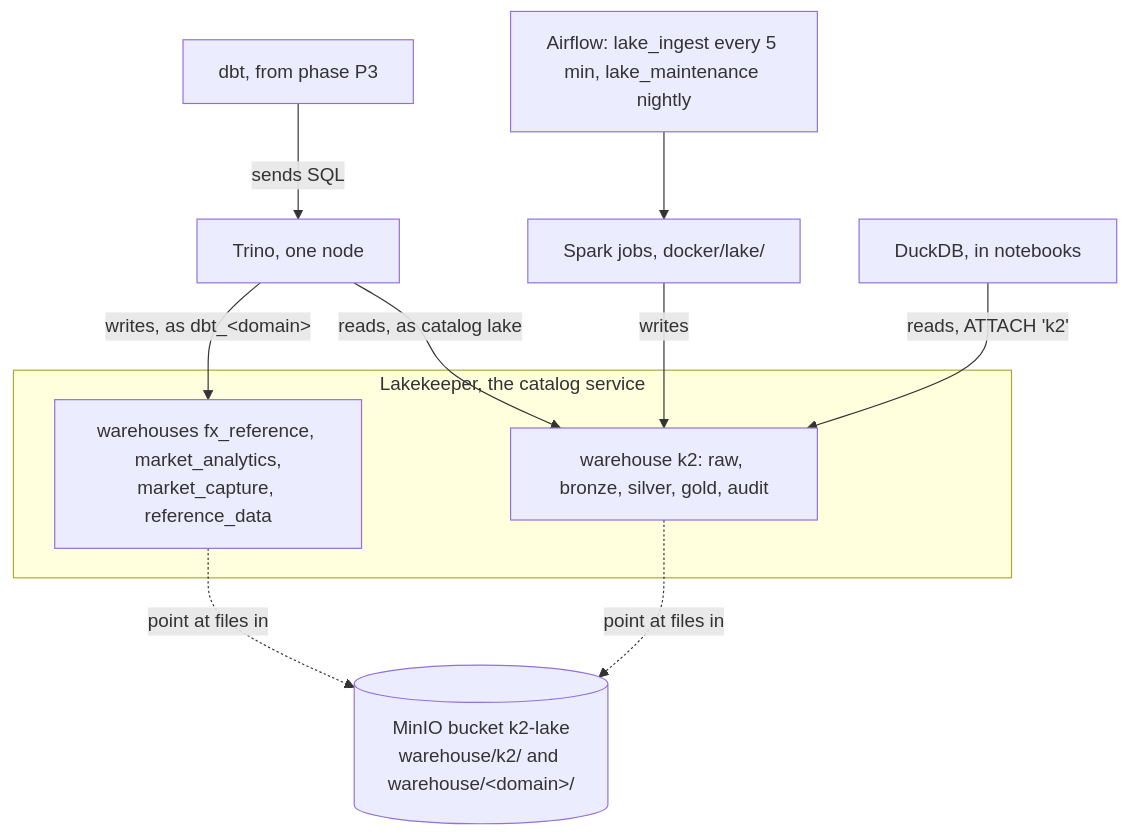
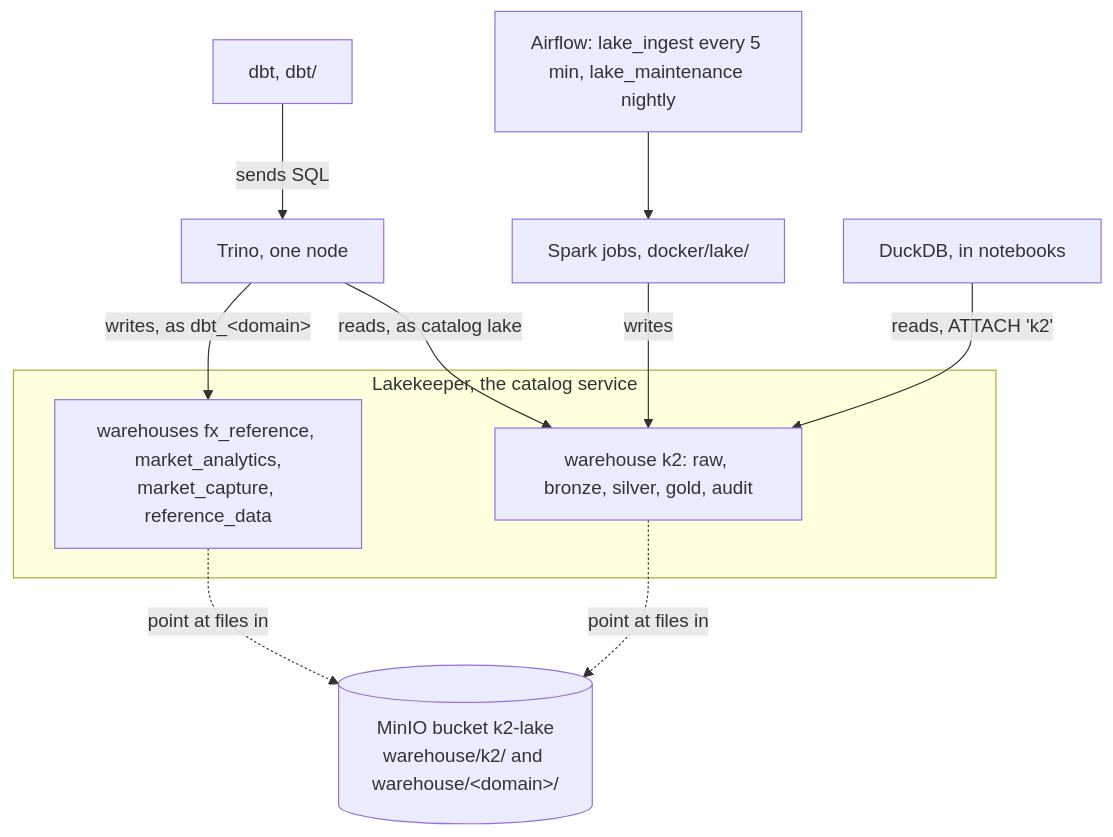
One commit to rjdscott/k2-market-data-platform changed the first of 2 diagrams in docs/architecture/19-lakehouse-and-domain-warehouses.md. Above: the diagram before and after it, drawn with Mermaid. The commit also changed other lines of this file and 8 other files, not shown here.

````diff
--- a/docs/architecture/19-lakehouse-and-domain-warehouses.md
+++ b/docs/architecture/19-lakehouse-and-domain-warehouses.md
@@ -25,20 +25,20 @@
 ```mermaid
 flowchart TB
   AF["Airflow: lake_ingest every 5 min, lake_maintenance nightly"]
   SP["Spark jobs, docker/lake/"]
-  DBT["dbt, from phase P3"]
+  DBT["dbt, dbt/"]
   TR["Trino, one node"]
   DK["DuckDB, in notebooks"]
   subgraph LK ["Lakekeeper, the catalog service"]
     WK["warehouse k2: raw, bronze, silver, gold, audit"]
     WD["warehouses fx_reference, market_analytics,<br/>market_capture, reference_data"]
   end
   S3[("MinIO bucket k2-lake<br/>warehouse/k2/ and warehouse/&lt;domain&gt;/")]
   AF --> SP
   SP -->|"writes"| WK
   DBT -->|"sends SQL"| TR
   TR -->|"reads, as catalog lake"| WK
   TR -->|"writes, as dbt_&lt;domain&gt;"| WD
   DK -->|"reads, ATTACH 'k2'"| WK
   WK & WD -.->|"point at files in"| S3
 ```
````
